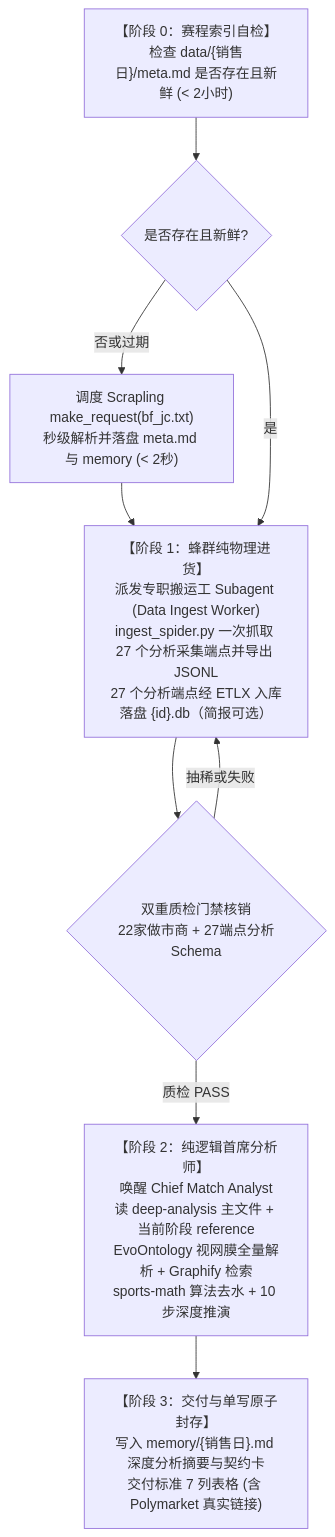
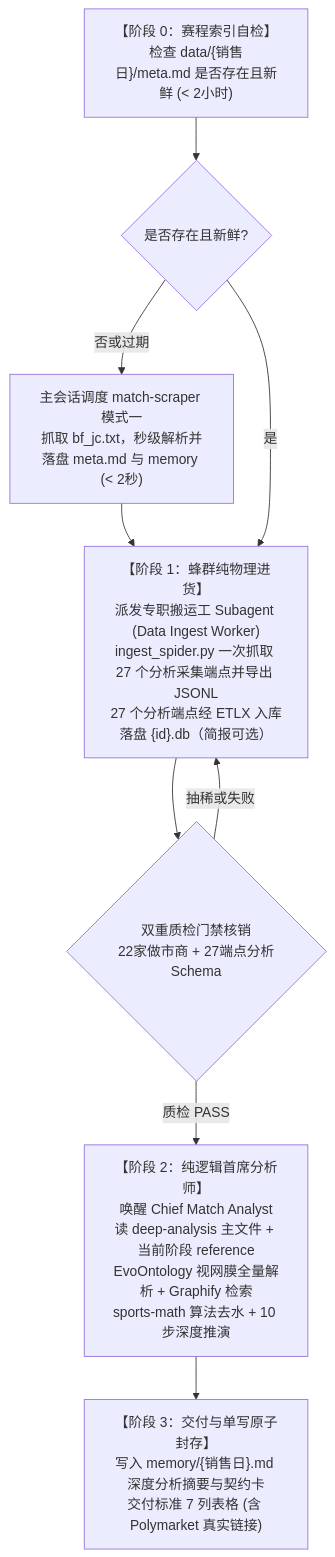
The third of 4 diagrams in README.md (i0ivi0i/supodds), drawn with Mermaid before and after one commit. The commit also changed other lines of this file and 12 other files, not shown here.

````diff
--- a/README.md
+++ b/README.md
@@ -140,18 +133,18 @@
 ```mermaid
 flowchart TD
     Z["【阶段 0：赛程索引自检】<br/>检查 data/{销售日}/meta.md 是否存在且新鲜 (< 2小时)"]
     Z_NO{"是否存在且新鲜?"}
-    Z_GET["调度 Scrapling make_request(bf_jc.txt)<br/>秒级解析并落盘 meta.md 与 memory (< 2秒)"]
+    Z_GET["主会话调度 match-scraper 模式一<br/>抓取 bf_jc.txt，秒级解析并落盘 meta.md 与 memory (< 2秒)"]
     P1["【阶段 1：蜂群纯物理进货】<br/>派发专职搬运工 Subagent (Data Ingest Worker)<br/>ingest_spider.py 一次抓取 27 个分析采集端点并导出 JSONL<br/>27 个分析端点经 ETLX 入库<br/>落盘 {id}.db（简报可选）"]
     P1_GATE{"双重质检门禁核销<br/>22家做市商 + 27端点分析Schema"}
     P2["【阶段 2：纯逻辑首席分析师】<br/>唤醒 Chief Match Analyst<br/>读 deep-analysis 主文件 + 当前阶段 reference<br/>EvoOntology 视网膜全量解析 + Graphify 检索<br/>sports-math 算法去水 + 10 步深度推演"]
     OUT["【阶段 3：交付与单写原子封存】<br/>写入 memory/{销售日}.md 深度分析摘要与契约卡<br/>交付标准 7 列表格 (含 Polymarket 真实链接)"]
 
     Z --> Z_NO
     Z_NO -- 否或过期 --> Z_GET --> P1
     Z_NO -- 是 --> P1
     P1 --> P1_GATE
     P1_GATE -- 质检 PASS --> P2
     P1_GATE -- 抽稀或失败 --> P1
     P2 --> OUT
 ```
````
